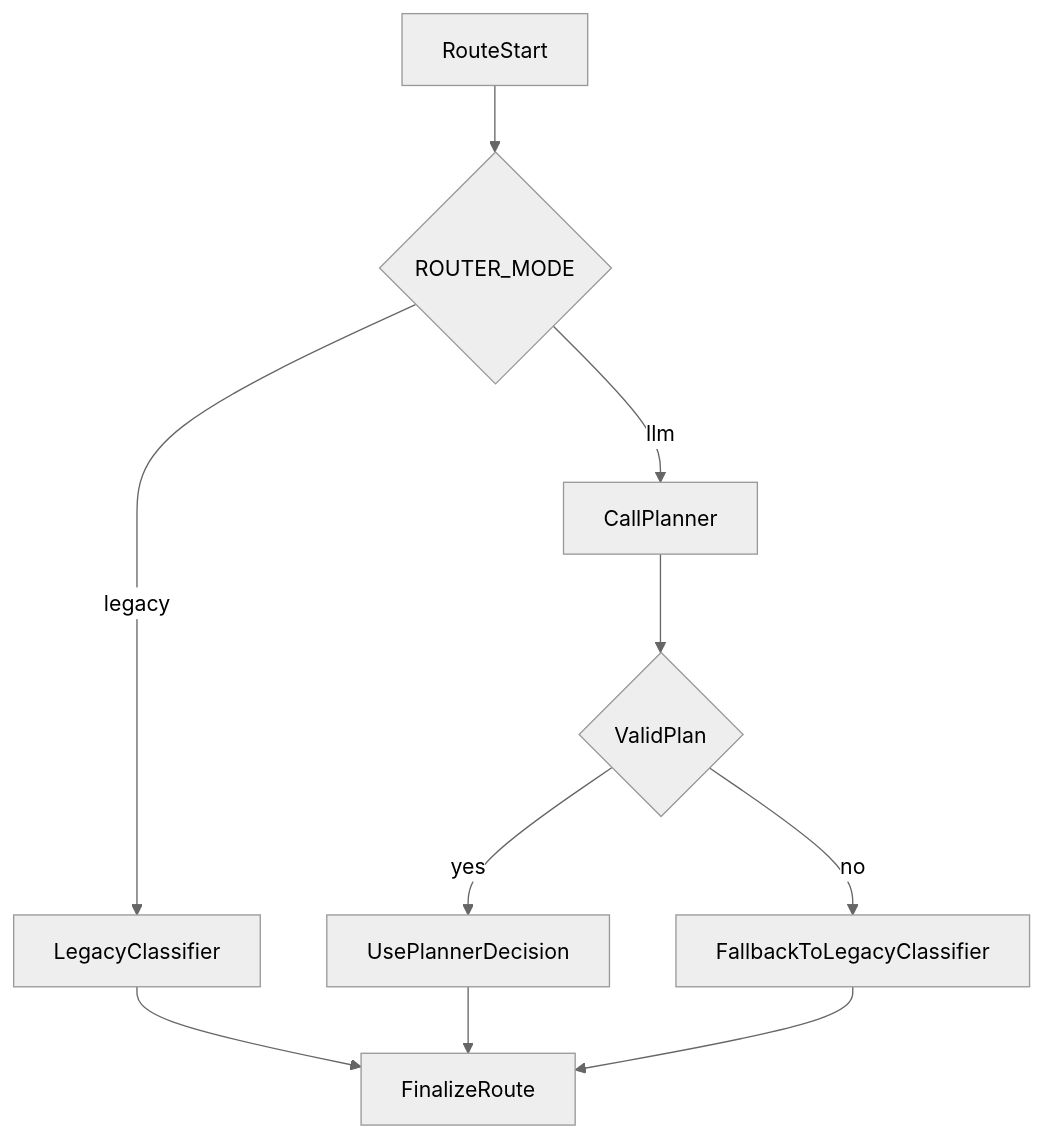
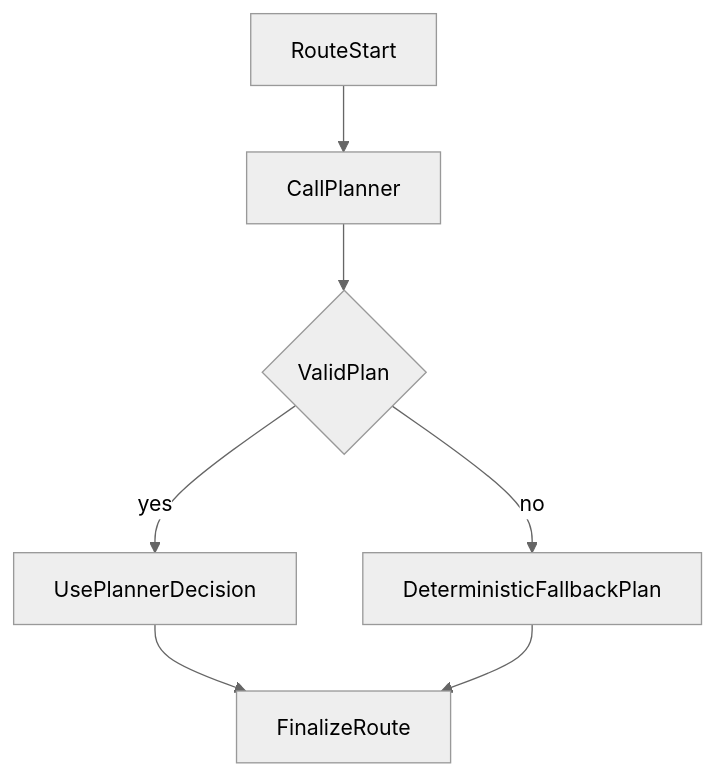
One commit to SMART-NYUAD/ieq-copilot-api changed the second of 2 diagrams in docs/router_architecture.md. Above: the diagram before and after it, drawn with Mermaid (neutral theme). The commit also changed other lines of this file and 22 other files, not shown here.

````diff
--- a/docs/router_architecture.md
+++ b/docs/router_architecture.md
@@ -79,12 +79,9 @@
 ```mermaid
 flowchart TD
-  routeStart[RouteStart] --> modeCheck{ROUTER_MODE}
-  modeCheck -->|legacy| legacyPath[LegacyClassifier]
-  modeCheck -->|llm| plannerCall[CallPlanner]
+  routeStart[RouteStart] --> plannerCall[CallPlanner]
   plannerCall --> plannerOk{ValidPlan}
   plannerOk -->|yes| plannerRoute[UsePlannerDecision]
-  plannerOk -->|no| fallbackLegacy[FallbackToLegacyClassifier]
-  legacyPath --> finalize[FinalizeRoute]
-  plannerRoute --> finalize
-  fallbackLegacy --> finalize
+  plannerOk -->|no| fallbackRoute[DeterministicFallbackPlan]
+  plannerRoute --> finalize[FinalizeRoute]
+  fallbackRoute --> finalize
 ```
````
